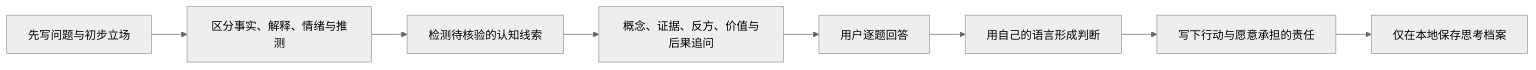
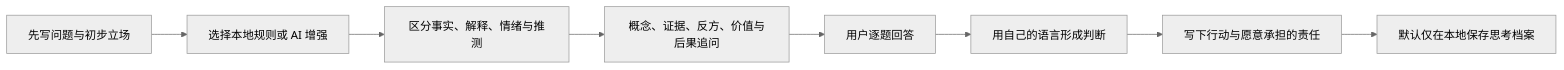
Before and after one commit to SiruGao/life-board: the diagram in README.md, drawn with Mermaid (neutral theme). The commit also changed other lines of this file and 18 other files, not shown here.

````diff
--- a/README.md
+++ b/README.md
@@ -60,10 +62,10 @@
 ```mermaid
 flowchart LR
-    A[先写问题与初步立场] --> B[区分事实、解释、情绪与推测]
-    B --> C[检测待核验的认知线索]
+    A[先写问题与初步立场] --> B[选择本地规则或 AI 增强]
+    B --> C[区分事实、解释、情绪与推测]
     C --> D[概念、证据、反方、价值与后果追问]
     D --> E[用户逐题回答]
     E --> F[用自己的语言形成判断]
     F --> G[写下行动与愿意承担的责任]
-    G --> H[仅在本地保存思考档案]
+    G --> H[默认仅在本地保存思考档案]
 ```
````
